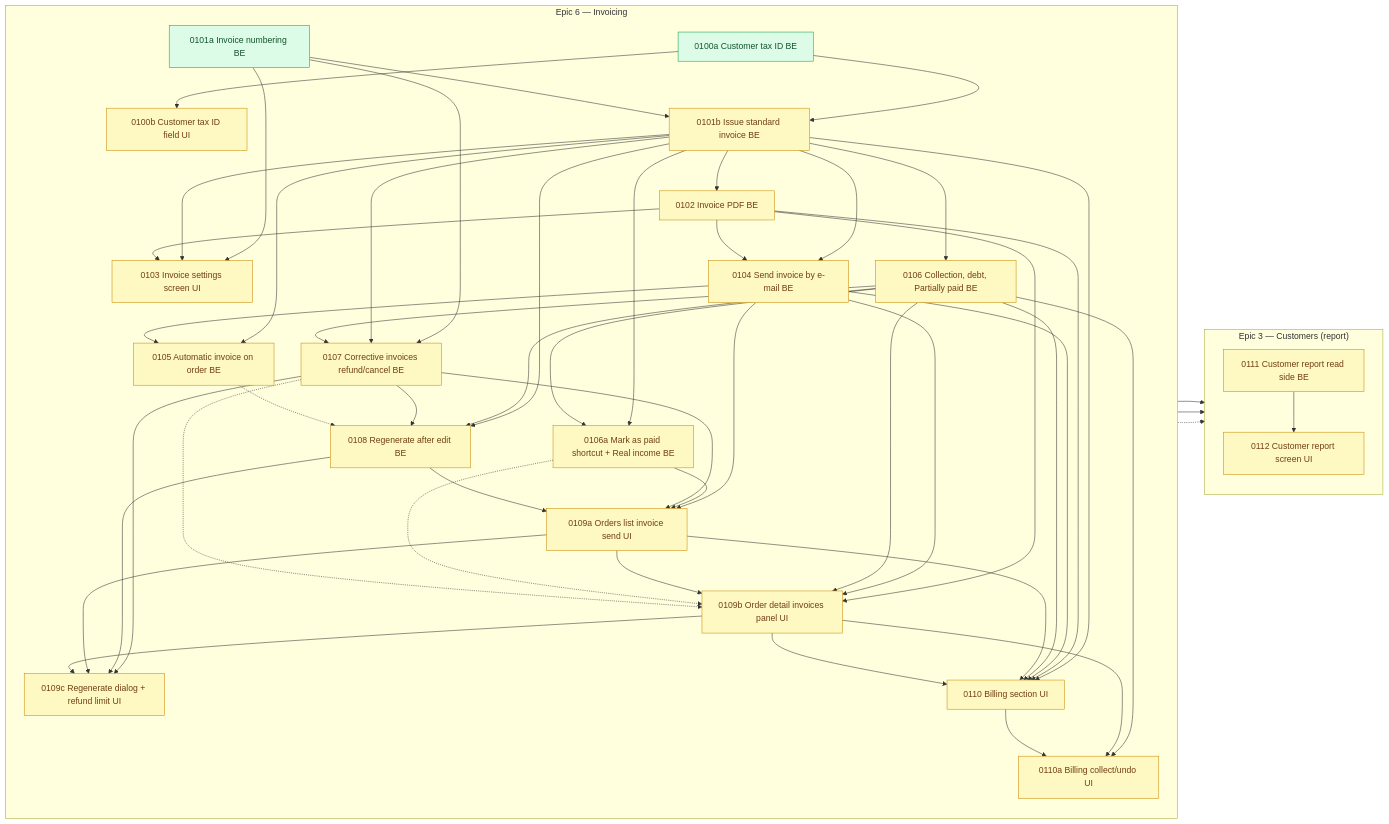
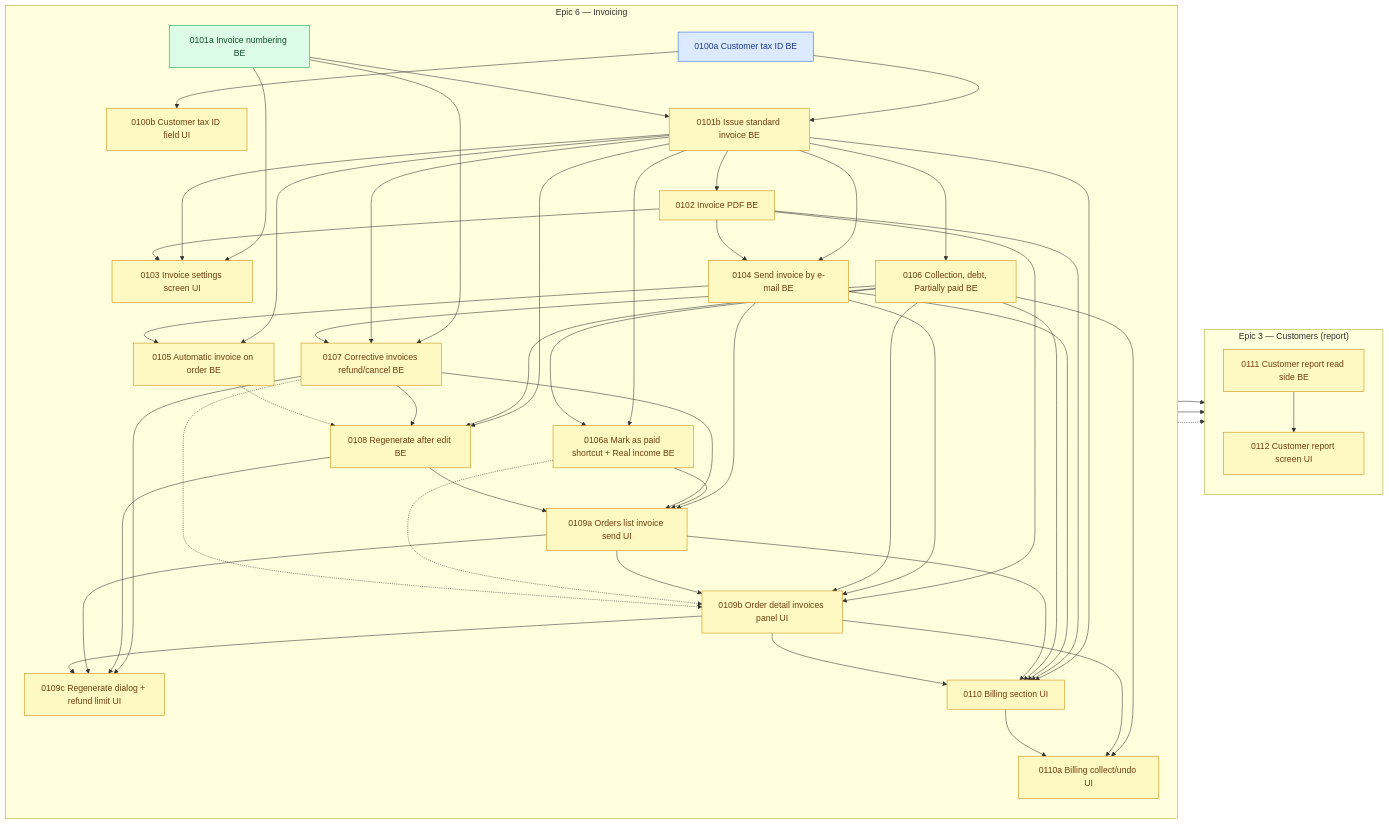
The diagram in arospe/ai-spec/tasks-map.md (shojen/AI4Devs-finalproject), drawn with Mermaid before and after one commit. The commit also changed other lines of this file and 5 other files, not shown here.

````diff
--- a/arospe/ai-spec/tasks-map.md
+++ b/arospe/ai-spec/tasks-map.md
@@ -820,6 +820,7 @@
     P0106a -.-> P0109b
     P0107 -.-> P0109b
     %% Shared-file risk with the stock dialogs (no dependency): see the update note at the top.
-    class P0100a,P0101a ready;
+    class P0101a ready;
+    class P0100a claimed;
     class P0100b,P0101b,P0102,P0103,P0104,P0105,P0106,P0106a,P0107,P0108,P0109a,P0109b,P0109c,P0110,P0110a,P0111,P0112 pending;
 ```
````
